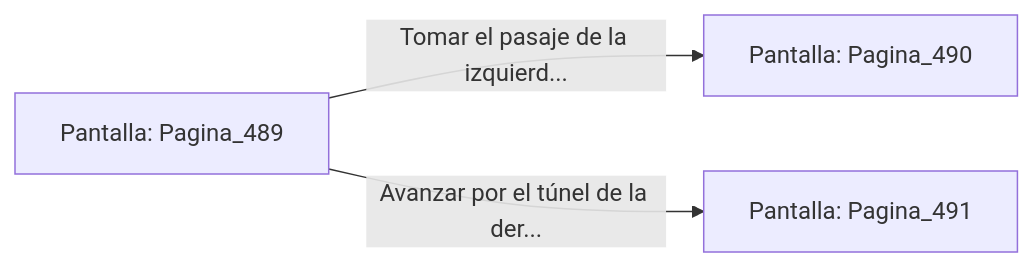
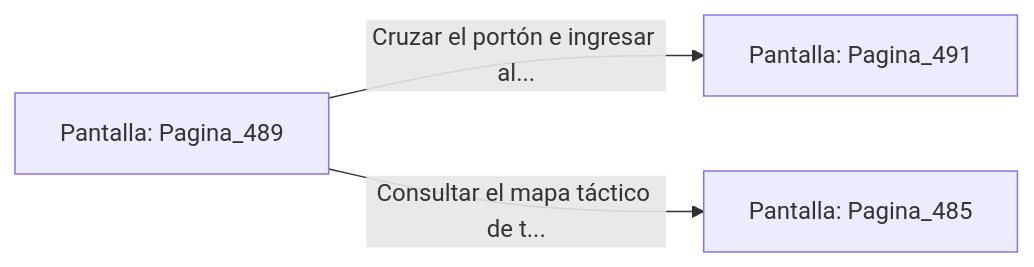
One commit to metsuke/mpl changed the diagram in sample/eligejuego-vault/Pantalla_Pagina_489.md. Above: the diagram before and after it, drawn with Mermaid. The commit also changed other lines of this file and 635 other files, not shown here.

First line of the commit message:
fix: añadir Pagina_1 como pantalla inicial en capitulo_01.mpl

````diff
--- a/sample/eligejuego-vault/Pantalla_Pagina_489.md
+++ b/sample/eligejuego-vault/Pantalla_Pagina_489.md
@@ -20,6 +24,6 @@
 ```mermaid
 graph LR
     P_Pagina_489["Pantalla: Pagina_489"]
-    P_Pagina_489 -->|"Tomar el pasaje de la izquierd..."| P_Pagina_490["Pantalla: Pagina_490"]
-    P_Pagina_489 -->|"Avanzar por el túnel de la der..."| P_Pagina_491["Pantalla: Pagina_491"]
+    P_Pagina_489 -->|"Cruzar el portón e ingresar al..."| P_Pagina_491["Pantalla: Pagina_491"]
+    P_Pagina_489 -->|"Consultar el mapa táctico de t..."| P_Pagina_485["Pantalla: Pagina_485"]
 ```
````
